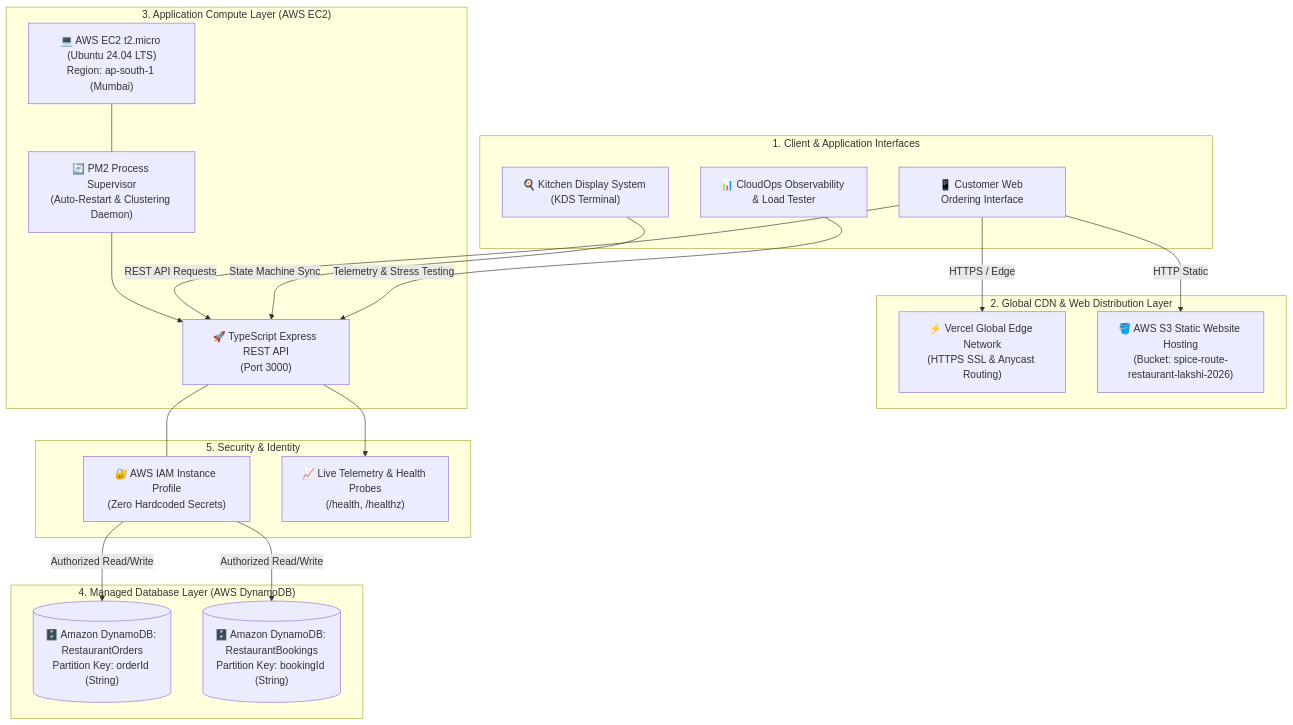
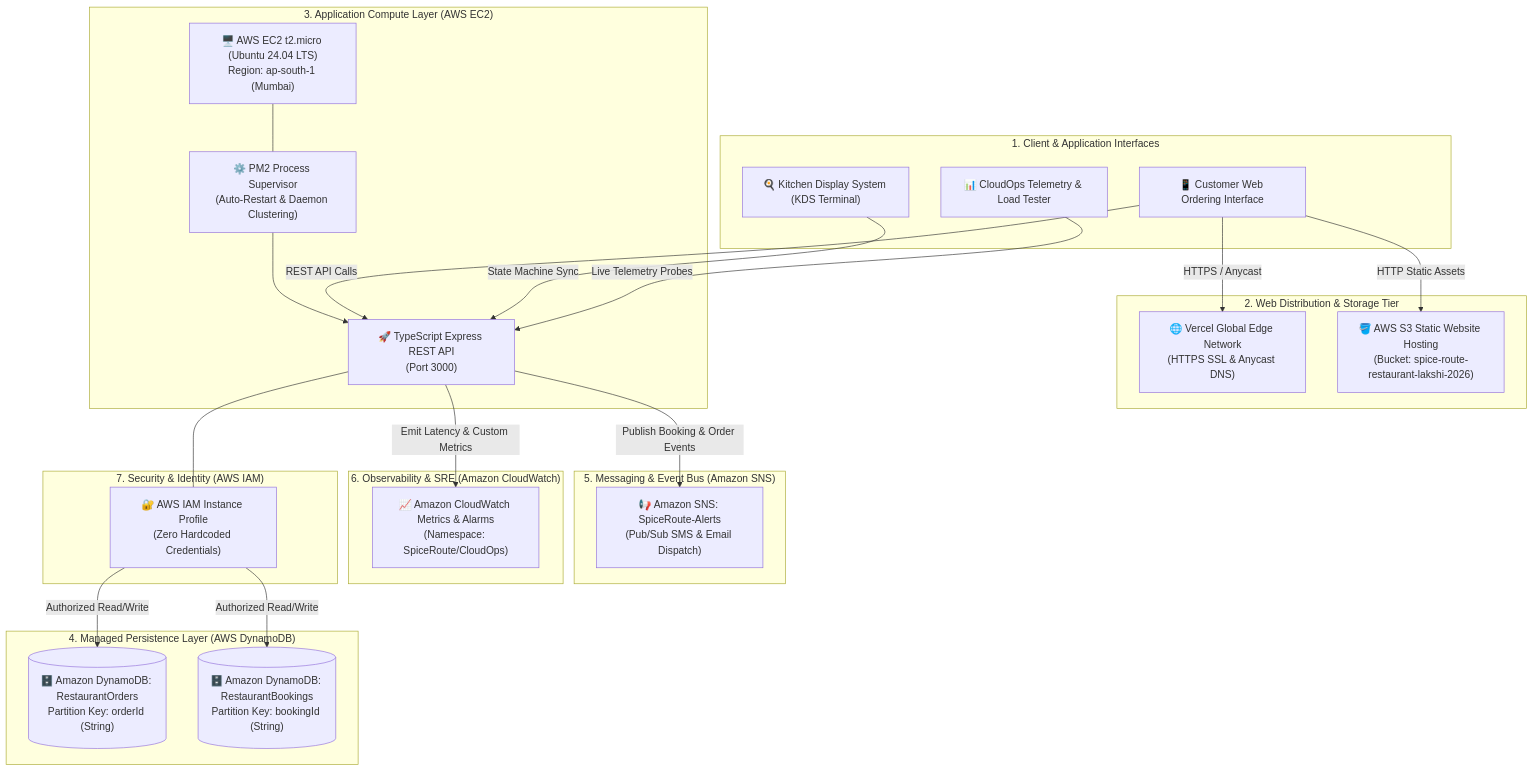
Before and after one commit to lakshiaharan/spice-route-restaurant: the diagram in README.md, drawn with Mermaid. The commit also changed other lines of this file and 15 other files, not shown here.

Commit message:
feat: release Spice Route v2.5 cloud platform with AI sommelier, AWS SNS/CloudWatch & S3 hosting

````diff
--- a/README.md
+++ b/README.md
@@ -33,43 +58,51 @@
 ```mermaid
 flowchart TD
     subgraph ClientLayer ["1. Client & Application Interfaces"]
         CustomerApp["📱 Customer Web Ordering Interface"]
         KDSApp["🍳 Kitchen Display System (KDS Terminal)"]
-        OpsDashboard["📊 CloudOps Observability & Load Tester"]
+        OpsDashboard["📊 CloudOps Telemetry & Load Tester"]
     end
 
-    subgraph CDNLayer ["2. Global CDN & Web Distribution Layer"]
-        VercelEdge["⚡ Vercel Global Edge Network\n(HTTPS SSL & Anycast Routing)"]
+    subgraph CDNLayer ["2. Web Distribution & Storage Tier"]
+        VercelEdge["🌐 Vercel Global Edge Network\n(HTTPS SSL & Anycast DNS)"]
         S3Bucket["🪣 AWS S3 Static Website Hosting\n(Bucket: spice-route-restaurant-lakshi-2026)"]
     end
 
     subgraph ComputeLayer ["3. Application Compute Layer (AWS EC2)"]
-        EC2Instance["💻 AWS EC2 t2.micro (Ubuntu 24.04 LTS)\nRegion: ap-south-1 (Mumbai)"]
-        PM2Process["🔄 PM2 Process Supervisor\n(Auto-Restart & Clustering Daemon)"]
+        EC2Instance["🖥️ AWS EC2 t2.micro (Ubuntu 24.04 LTS)\nRegion: ap-south-1 (Mumbai)"]
+        PM2Process["⚙️ PM2 Process Supervisor\n(Auto-Restart & Daemon Clustering)"]
         ExpressAPI["🚀 TypeScript Express REST API\n(Port 3000)"]
         
         EC2Instance --- PM2Process
         PM2Process --> ExpressAPI
     end
 
-    subgraph DatabaseLayer ["4. Managed Database Layer (AWS DynamoDB)"]
+    subgraph DatabaseLayer ["4. Managed Persistence Layer (AWS DynamoDB)"]
         DDBOrders[("🗄️ Amazon DynamoDB: RestaurantOrders\nPartition Key: orderId (String)")]
         DDBBookings[("🗄️ Amazon DynamoDB: RestaurantBookings\nPartition Key: bookingId (String)")]
     end
 
-    subgraph SecurityLayer ["5. Security & Identity"]
-        IAMRole["🔐 AWS IAM Instance Profile\n(Zero Hardcoded Secrets)"]
-        TelemetryEngine["📈 Live Telemetry & Health Probes\n(/health, /healthz)"]
+    subgraph MessagingLayer ["5. Messaging & Event Bus (Amazon SNS)"]
+        SNSTopic["📢 Amazon SNS: SpiceRoute-Alerts\n(Pub/Sub SMS & Email Dispatch)"]
     end
 
-    CustomerApp -->|HTTPS / Edge| VercelEdge
-    CustomerApp -->|HTTP Static| S3Bucket
-    CustomerApp -->|REST API Requests| ExpressAPI
+    subgraph MonitoringLayer ["6. Observability & SRE (Amazon CloudWatch)"]
+        CloudWatchEngine["📈 Amazon CloudWatch Metrics & Alarms\n(Namespace: SpiceRoute/CloudOps)"]
+    end
+
+    subgraph SecurityLayer ["7. Security & Identity (AWS IAM)"]
+        IAMRole["🔐 AWS IAM Instance Profile\n(Zero Hardcoded Credentials)"]
+    end
+
+    CustomerApp -->|HTTPS / Anycast| VercelEdge
+    CustomerApp -->|HTTP Static Assets| S3Bucket
+    CustomerApp -->|REST API Calls| ExpressAPI
     KDSApp -->|State Machine Sync| ExpressAPI
-    OpsDashboard -->|Telemetry & Stress Testing| ExpressAPI
+    OpsDashboard -->|Live Telemetry Probes| ExpressAPI
 
     ExpressAPI --- IAMRole
     IAMRole -->|Authorized Read/Write| DDBOrders
     IAMRole -->|Authorized Read/Write| DDBBookings
-    ExpressAPI --> TelemetryEngine
+    ExpressAPI -->|Publish Booking & Order Events| SNSTopic
+    ExpressAPI -->|Emit Latency & Custom Metrics| CloudWatchEngine
 ```
````
